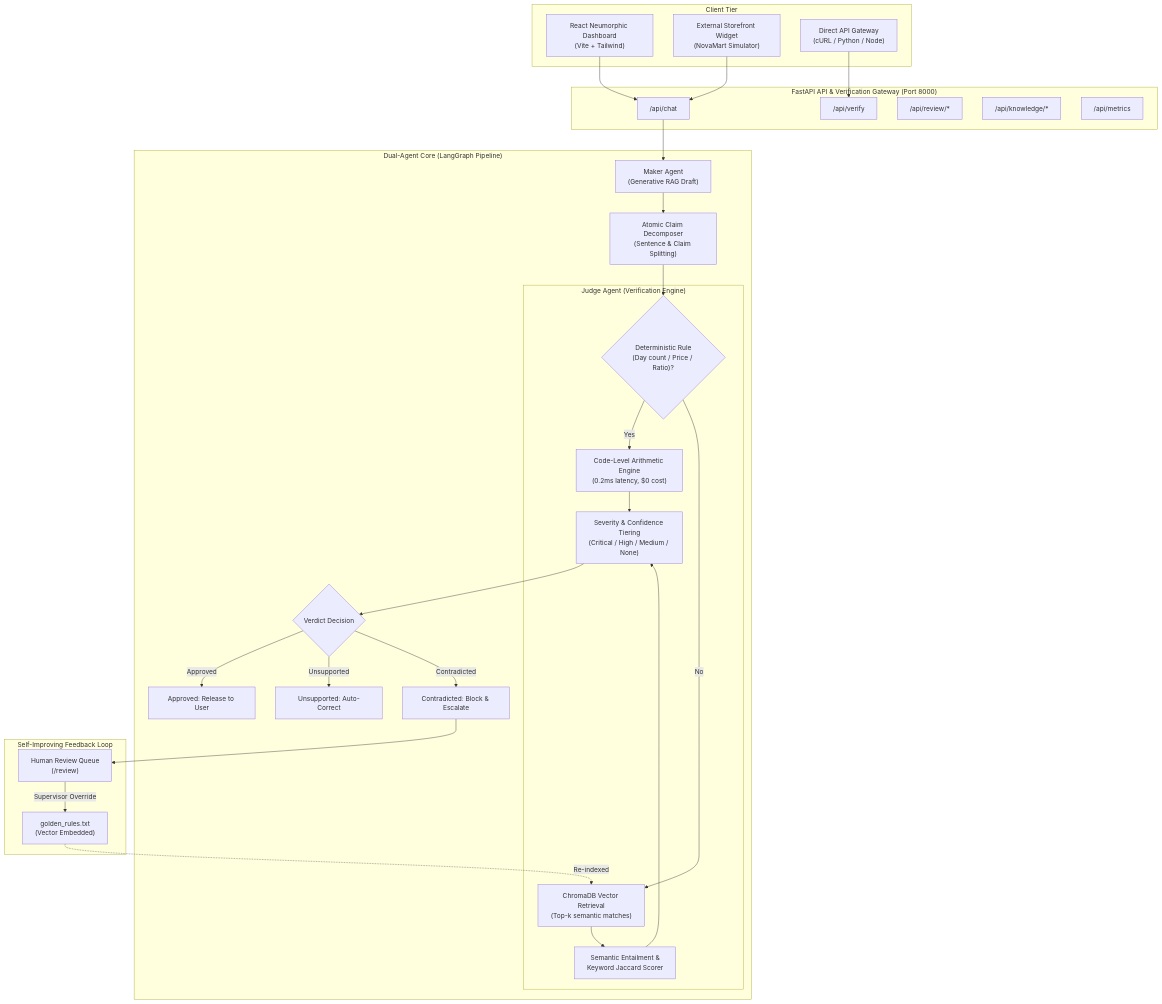
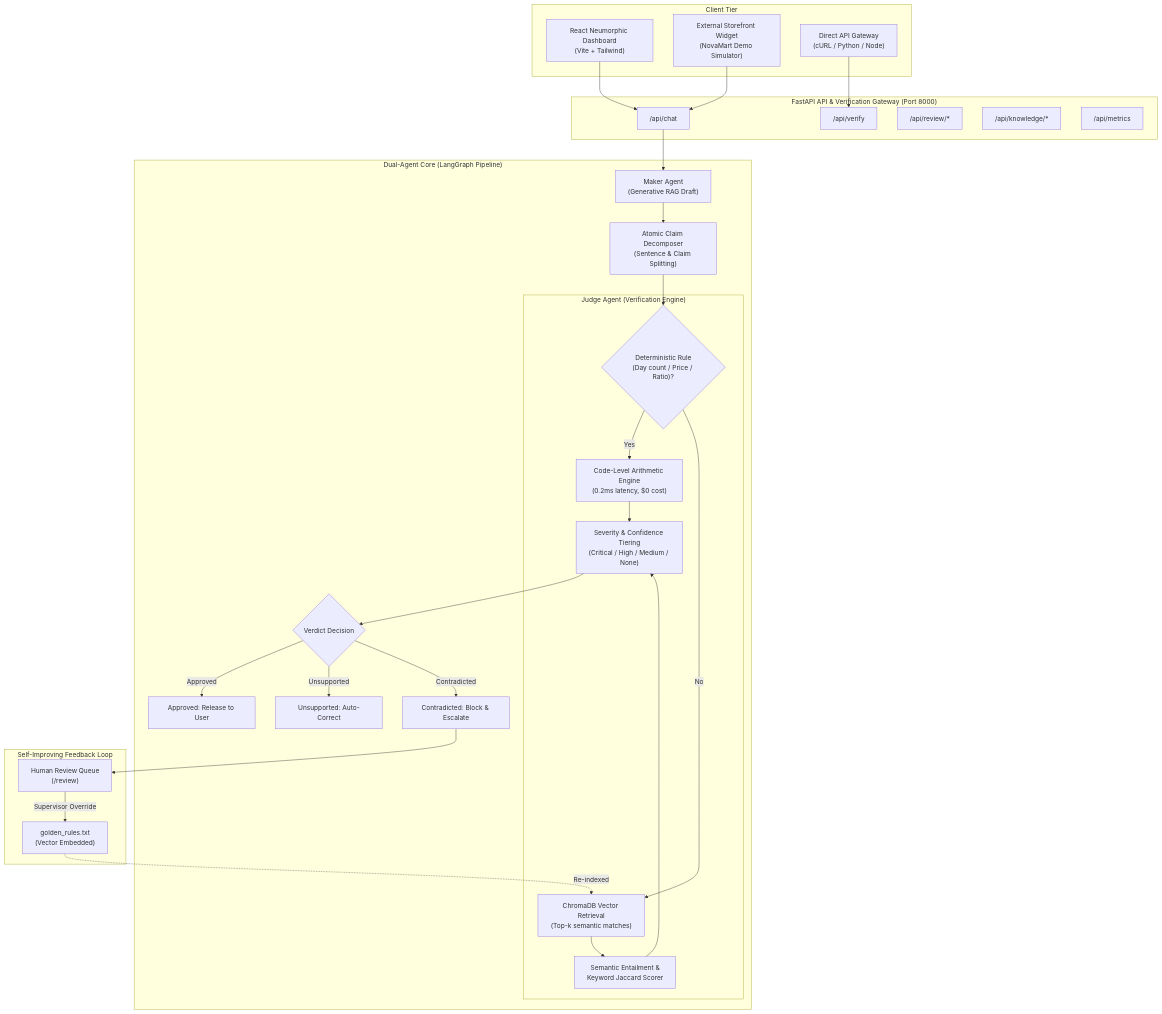
One commit to manishbollikonda-318/veritrust-ai changed the diagram in README.md. Above: the diagram before and after it, drawn with Mermaid. The commit also changed other lines of this file and 8 other files, not shown here.

````diff
--- a/README.md
+++ b/README.md
@@ -25,60 +28,60 @@
 ```mermaid
 flowchart TD
     subgraph Client["Client Tier"]
         UI["React Neumorphic Dashboard\n(Vite + Tailwind)"]
-        Store["External Storefront Widget\n(NovaMart Simulator)"]
+        Store["External Storefront Widget\n(NovaMart Demo Simulator)"]
         API_Client["Direct API Gateway\n(cURL / Python / Node)"]
     end
 
     subgraph Gateway["FastAPI API & Verification Gateway (Port 8000)"]
         ChatRoute["/api/chat"]
         VerifyRoute["/api/verify"]
         ReviewRoute["/api/review/*"]
         KnowledgeRoute["/api/knowledge/*"]
         MetricsRoute["/api/metrics"]
     end
 
     subgraph Agents["Dual-Agent Core (LangGraph Pipeline)"]
         Maker["Maker Agent\n(Generative RAG Draft)"]
         Decomp["Atomic Claim Decomposer\n(Sentence & Claim Splitting)"]
         
         subgraph Judge["Judge Agent (Verification Engine)"]
             DetCheck{"Deterministic Rule\n(Day count / Price / Ratio)?"}
             DetEngine["Code-Level Arithmetic Engine\n(0.2ms latency, $0 cost)"]
             VectorSearch["ChromaDB Vector Retrieval\n(Top-k semantic matches)"]
             Entailment["Semantic Entailment &\nKeyword Jaccard Scorer"]
             SeverityAgg["Severity & Confidence Tiering\n(Critical / High / Medium / None)"]
         end
         
         DecisionNode{"Verdict Decision"}
         Release["Approved: Release to User"]
         AutoFix["Unsupported: Auto-Correct"]
         BlockEscalate["Contradicted: Block & Escalate"]
     end
 
     subgraph Feedback["Self-Improving Feedback Loop"]
         ReviewQueue["Human Review Queue\n(/review)"]
         GoldenRules["golden_rules.txt\n(Vector Embedded)"]
     end
 
     UI --> ChatRoute
     Store --> ChatRoute
     API_Client --> VerifyRoute
 
     ChatRoute --> Maker
     Maker --> Decomp
     Decomp --> DetCheck
 
     DetCheck -- Yes --> DetEngine --> SeverityAgg
     DetCheck -- No --> VectorSearch --> Entailment --> SeverityAgg
 
     SeverityAgg --> DecisionNode
 
     DecisionNode -- Approved --> Release
     DecisionNode -- Unsupported --> AutoFix
     DecisionNode -- Contradicted --> BlockEscalate
 
     BlockEscalate --> ReviewQueue
     ReviewQueue -- Supervisor Override --> GoldenRules
     GoldenRules -. Re-indexed .-> VectorSearch
 ```
````
